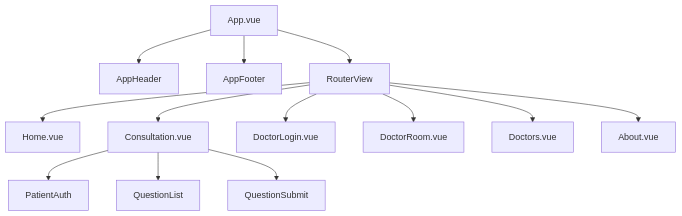
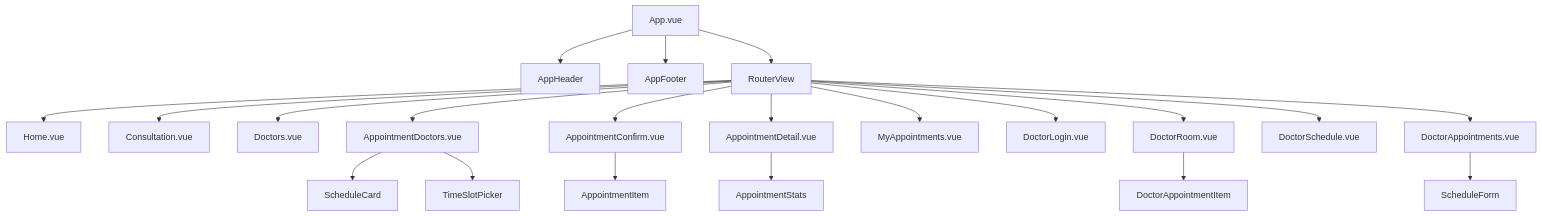
Before and after one commit to vibecodingshow/qa-live-healthcare: the third of 12 diagrams in .asdm/contexts/architecture.md, drawn with Mermaid. The commit also changed other lines of this file and 6 other files, not shown here.

````diff
--- a/.asdm/contexts/architecture.md
+++ b/.asdm/contexts/architecture.md
@@ -67,17 +68,26 @@
 ```mermaid
 graph TD
     A[App.vue] --> B[AppHeader]
     A --> C[AppFooter]
     A --> D[RouterView]
     
     D --> E[Home.vue]
     D --> F[Consultation.vue]
-    D --> G[DoctorLogin.vue]
-    D --> H[DoctorRoom.vue]
-    D --> I[Doctors.vue]
-    D --> J[About.vue]
+    D --> G[Doctors.vue]
+    D --> H[AppointmentDoctors.vue]
+    D --> I[AppointmentConfirm.vue]
+    D --> J[AppointmentDetail.vue]
+    D --> K[MyAppointments.vue]
+    D --> L[DoctorLogin.vue]
+    D --> M[DoctorRoom.vue]
+    D --> N[DoctorSchedule.vue]
+    D --> O[DoctorAppointments.vue]
     
-    F --> K[PatientAuth]
-    F --> L[QuestionList]
-    F --> M[QuestionSubmit]
+    H --> P[ScheduleCard]
+    H --> Q[TimeSlotPicker]
+    I --> R[AppointmentItem]
+    J --> S[AppointmentStats]
+    
+    M --> T[DoctorAppointmentItem]
+    O --> U[ScheduleForm]
 ```
````
